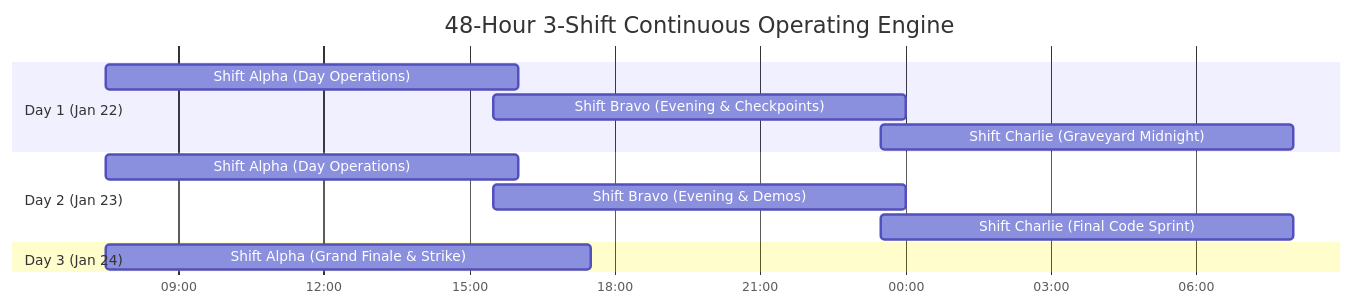
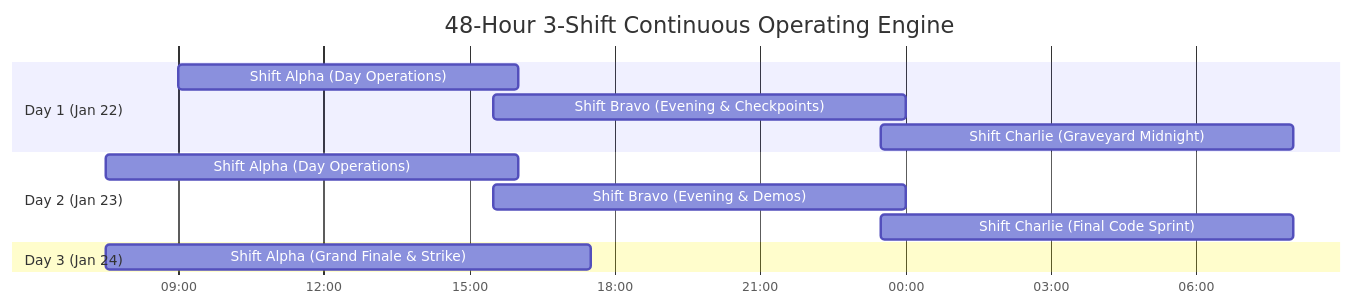
Before and after one commit to MasterZ1311/Kairos: the second of 2 diagrams in docs/08_event_operations_and_volunteer_manual.md, drawn with Mermaid. The commit also changed other lines of this file and 67 other files, not shown here.

````diff
--- a/docs/08_event_operations_and_volunteer_manual.md
+++ b/docs/08_event_operations_and_volunteer_manual.md
@@ -49,16 +49,16 @@
 ```mermaid
 gantt
     title 48-Hour 3-Shift Continuous Operating Engine
     dateFormat  HH:mm
     axisFormat %H:%M
     section Day 1 (Jan 22)
-    Shift Alpha (Day Operations)      :07:30, 8.5h
+    Shift Alpha (Day Operations)      :09:00, 7h
     Shift Bravo (Evening & Checkpoints):15:30, 8.5h
     Shift Charlie (Graveyard Midnight):23:30, 8.5h
     section Day 2 (Jan 23)
     Shift Alpha (Day Operations)      :07:30, 8.5h
     Shift Bravo (Evening & Demos)     :15:30, 8.5h
     Shift Charlie (Final Code Sprint) :23:30, 8.5h
     section Day 3 (Jan 24)
     Shift Alpha (Grand Finale & Strike):07:30, 10h
 ```
````
